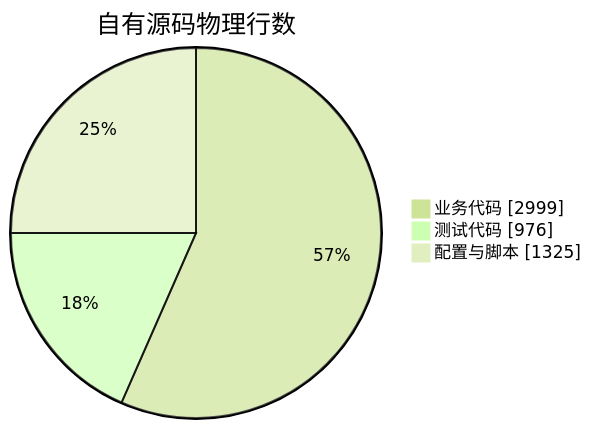
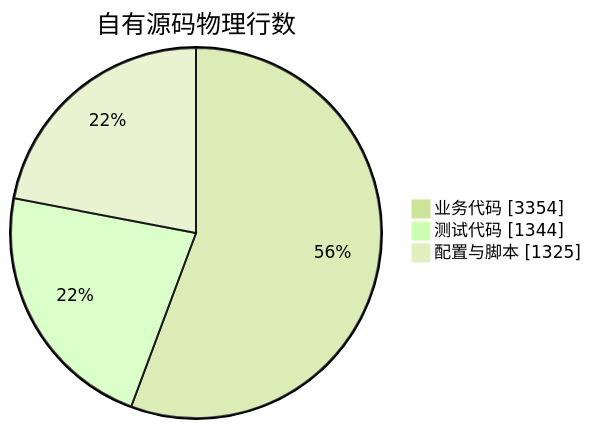
Before and after one commit to JobsKits/JobsDeviceInfo: the first of 3 diagrams in README.md, drawn with Mermaid (forest theme). The commit also changed other lines of this file and 16 other files, not shown here.

````diff
--- a/README.md
+++ b/README.md
@@ -237,7 +244,7 @@
 ```mermaid
 pie showData
   title 自有源码物理行数
-  "业务代码" : 2999
-  "测试代码" : 976
+  "业务代码" : 3354
+  "测试代码" : 1344
   "配置与脚本" : 1325
 ```
````
